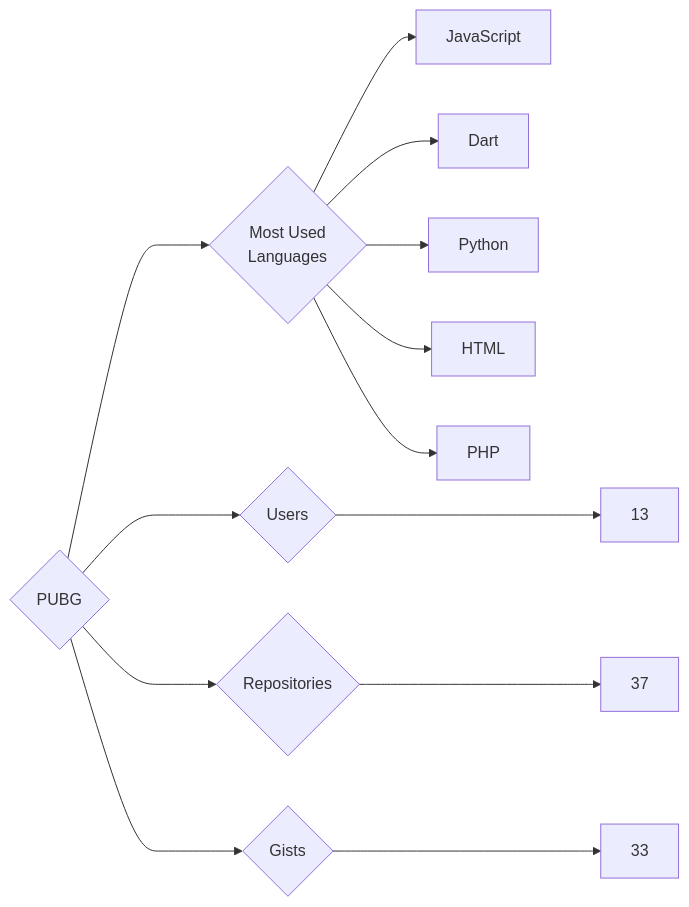
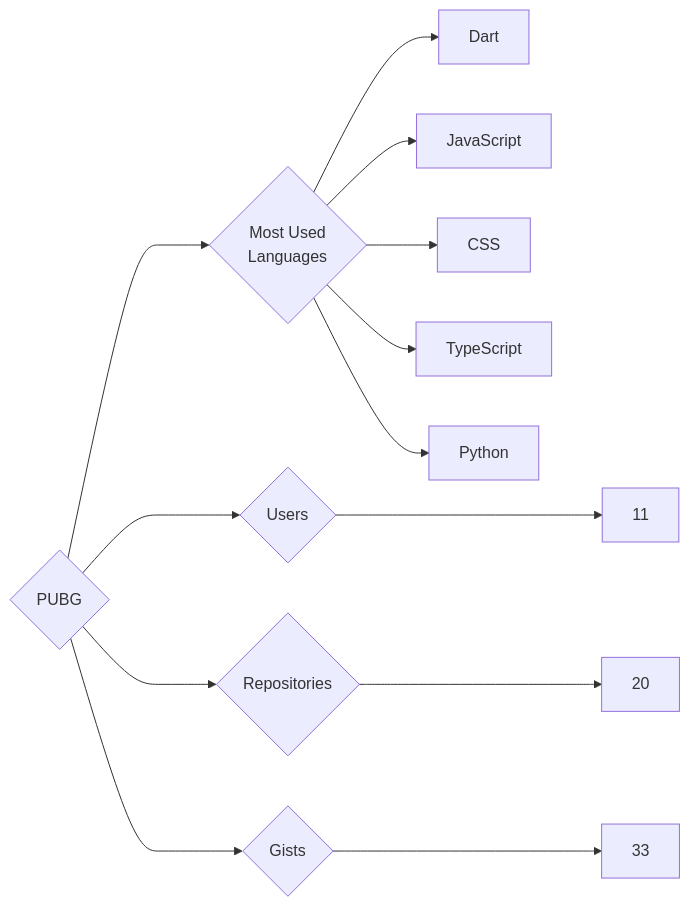
One commit to trickest/insiders changed the diagram in targets/PUBG/README.md. Above: the diagram before and after it, drawn with Mermaid. The commit also changed 965 other files, not shown here.

````diff
--- a/targets/PUBG/README.md
+++ b/targets/PUBG/README.md
@@ -3,13 +3,13 @@
 ```mermaid
 graph LR
 COMPANY_NAME{PUBG}
-COMPANY_NAME ---> U{Users} ---> UN[13]
-COMPANY_NAME ---> R{Repositories} ---> RN[37]
+COMPANY_NAME ---> U{Users} ---> UN[11]
+COMPANY_NAME ---> R{Repositories} ---> RN[20]
 COMPANY_NAME ---> G{Gists} ---> GN[33]
 COMPANY_NAME ---> ML{Most Used<br>Languages}
+ML --> Dart[Dart]
 ML --> JavaScript[JavaScript]
-ML --> Dart[Dart]
+ML --> CSS[CSS]
+ML --> TypeScript[TypeScript]
 ML --> Python[Python]
-ML --> HTML[HTML]
-ML --> PHP[PHP]
 ```
````
